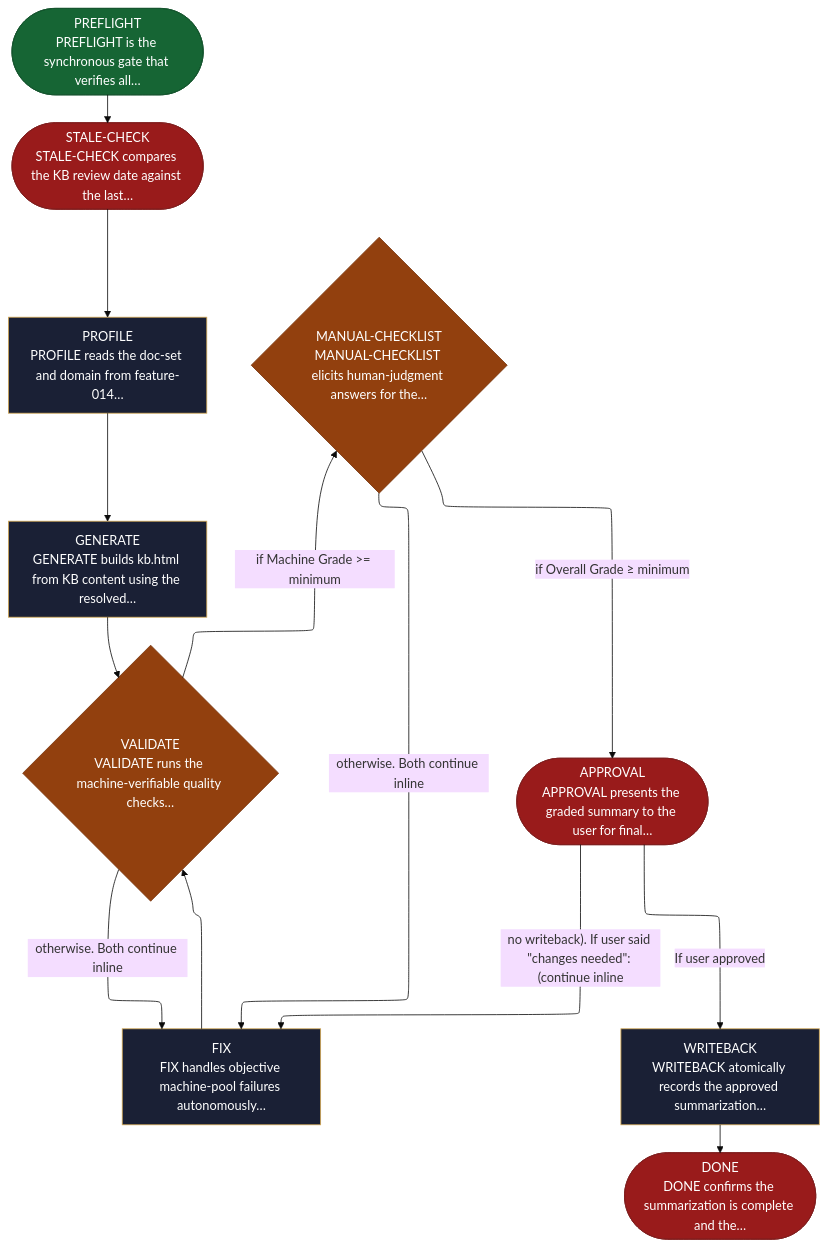
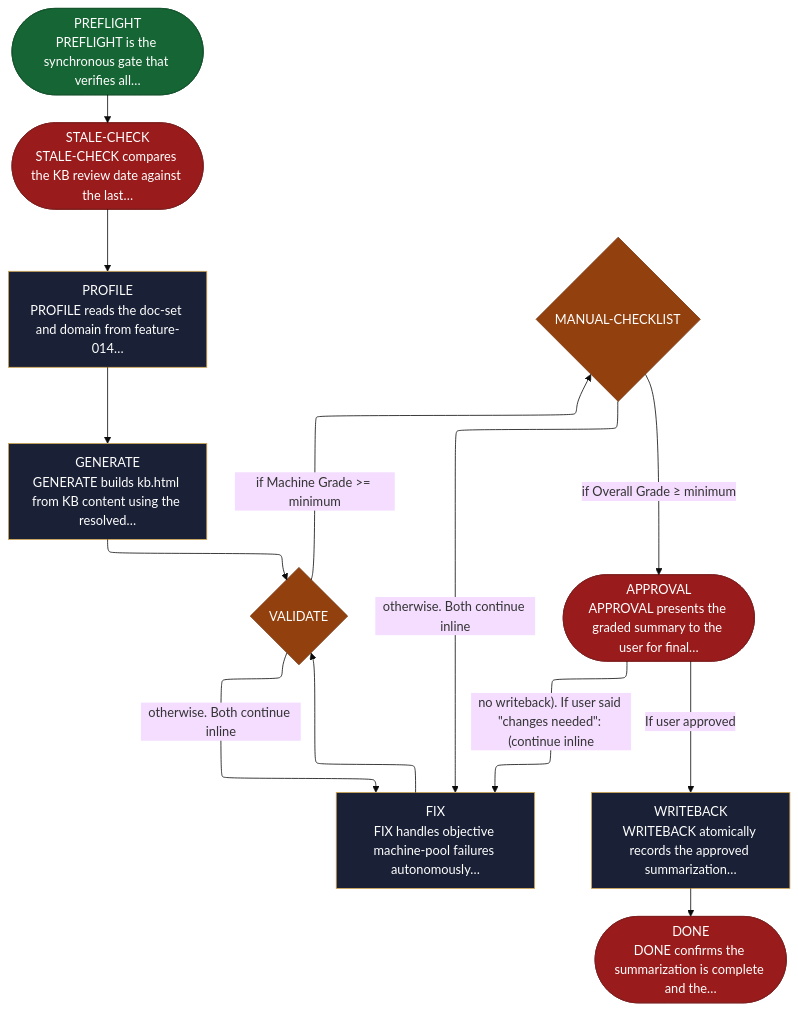
One commit to AndreVianna/aid-methodology changed the diagram in site/src/content/docs/skills/aid-summarize.md. Above: the diagram before and after it, drawn with Mermaid (base theme). The commit also changed 11 other files, not shown here.

````diff
--- a/site/src/content/docs/skills/aid-summarize.md
+++ b/site/src/content/docs/skills/aid-summarize.md
@@ -20,60 +20,60 @@
 ```mermaid
 ---
 config:
   layout: elk
   flowchart:
     nodeSpacing: 55
     rankSpacing: 65
     padding: 12
     useMaxWidth: true
 ---
 flowchart TB
   classDef aidNode color:#fff
   classDef aidEntry fill:#166534,stroke:#14532d,color:#fff
   classDef aidExit fill:#991b1b,stroke:#7f1d1d,color:#fff
   classDef aidDecision fill:#92400e,stroke:#78350f,color:#fff
   classDef aidLoopBack fill:#1e3a8a,stroke:#1e3a8a,color:#fff
   classDef aidStep fill:#1a2035,stroke:#d4a853,color:#f1f5f9
   n1(["PREFLIGHT<br/>PREFLIGHT is the synchronous gate that verifies all…"])
   n2(["STALE-CHECK<br/>STALE-CHECK compares the KB review date against the last…"])
   n3["PROFILE<br/>PROFILE reads the doc-set and domain from feature-014…"]
   n4["GENERATE<br/>GENERATE builds kb.html from KB content using the resolved…"]
-  n5{"VALIDATE<br/>VALIDATE runs the machine-verifiable quality checks…"}
-  n6{"MANUAL-CHECKLIST<br/>MANUAL-CHECKLIST elicits human-judgment answers for the…"}
+  n5{"VALIDATE"}
+  n6{"MANUAL-CHECKLIST"}
   n7["FIX<br/>FIX handles objective machine-pool failures autonomously…"]
   n8(["APPROVAL<br/>APPROVAL presents the graded summary to the user for final…"])
   n9["WRITEBACK<br/>WRITEBACK atomically records the approved summarization…"]
   n10(["DONE<br/>DONE confirms the summarization is complete and the…"])
   n1 --> n2
   n2 --> n3
   n3 --> n4
   n4 --> n5
   n5 -->|"if Machine Grade &gt;= minimum"| n6
   n5 -->|"otherwise. Both continue inline"| n7
   n6 -->|"otherwise. Both continue inline"| n7
   n6 -->|"if Overall Grade ≥ minimum"| n8
   n7 --> n5
   n8 -->|"no writeback). If user said &quot;changes needed&quot;: (continue inline"| n7
   n8 -->|"If user approved"| n9
   n9 --> n10
   class n1 aidEntry
   class n2 aidExit
   class n3 aidStep
   class n4 aidStep
   class n5 aidDecision
   class n6 aidDecision
   class n7 aidStep
   class n8 aidExit
   class n9 aidStep
   class n10 aidExit
   class n1 aidNode
   class n2 aidNode
   class n3 aidNode
   class n4 aidNode
   class n5 aidNode
   class n6 aidNode
   class n7 aidNode
   class n8 aidNode
   class n9 aidNode
   class n10 aidNode
 ```
````
